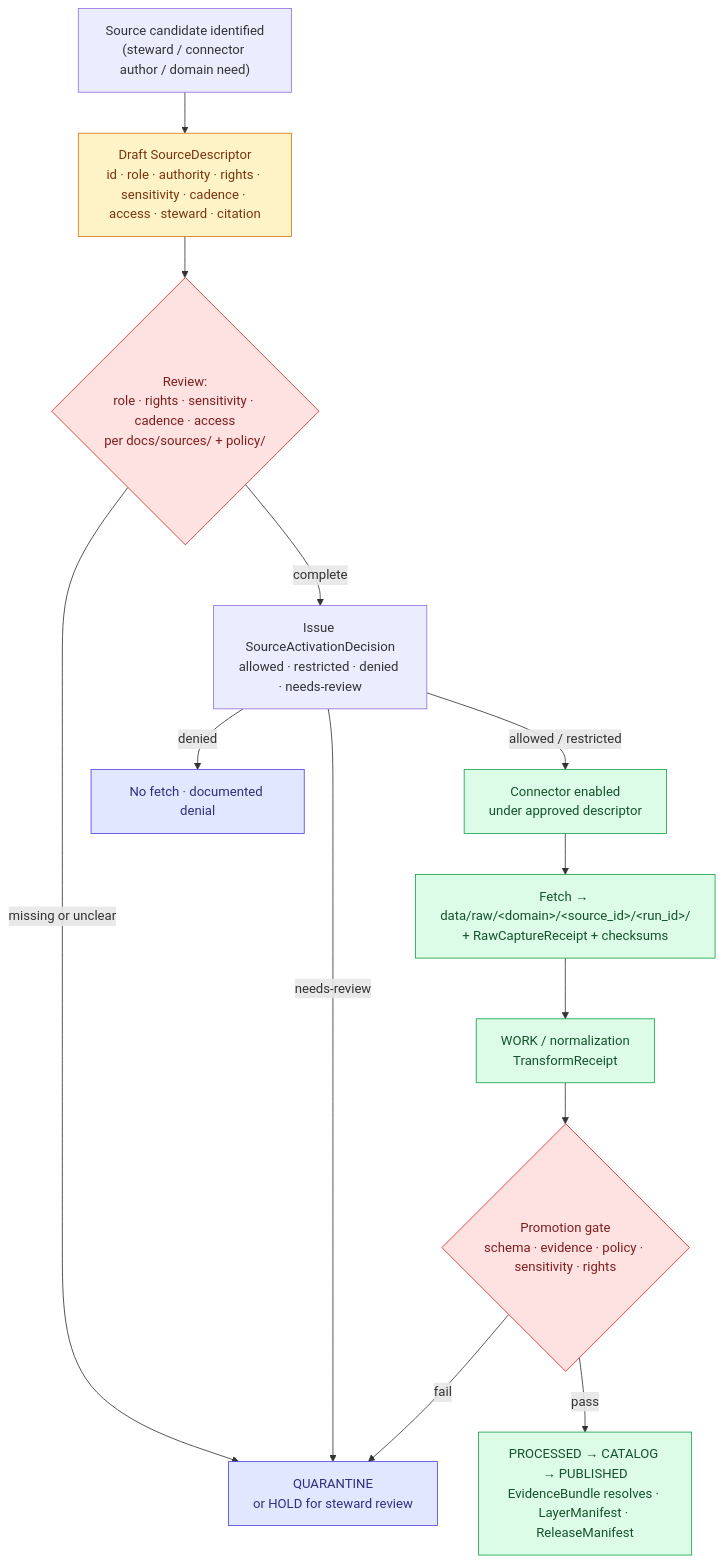
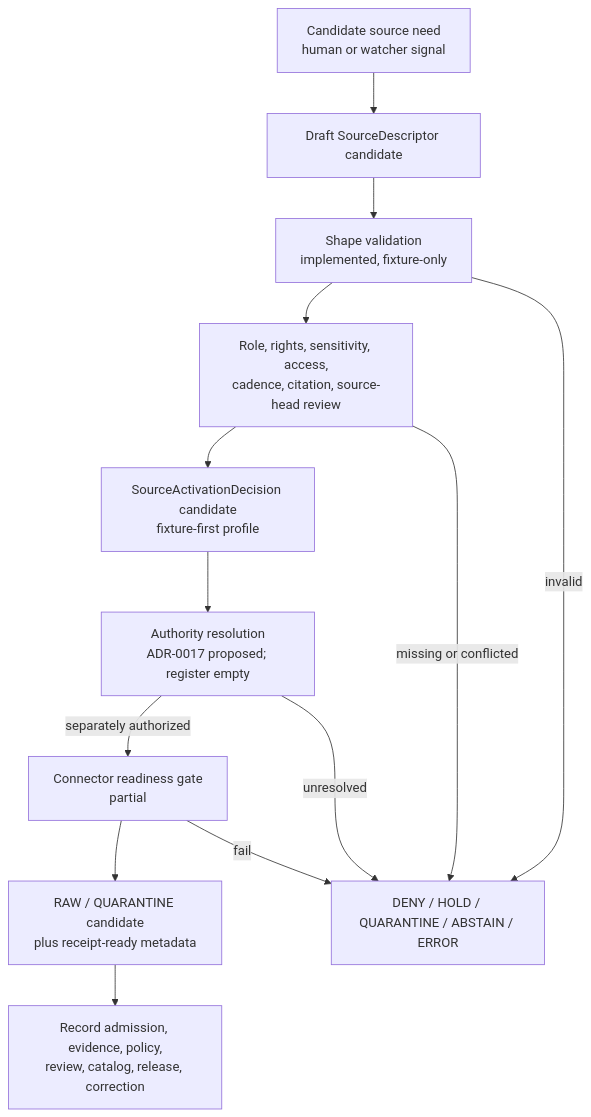
Before and after one commit to bartytime4life/Kansas-Frontier-Matrix: the second of 2 diagrams in docs/sources/README.md, drawn with Mermaid. The commit also changed other lines of this file, not shown here.

Commit message:
docs(sources): reconcile source guidance index

````diff
--- a/docs/sources/README.md
+++ b/docs/sources/README.md
@@ -325,24 +572,22 @@
 ```mermaid
 flowchart TD
-  A["Source candidate identified<br/>(steward / connector author / domain need)"] --> B["Draft SourceDescriptor<br/>id · role · authority · rights · sensitivity · cadence · access · steward · citation"]
-  B --> C{"Review:<br/>role · rights · sensitivity · cadence · access<br/>per docs/sources/ + policy/"}
-  C -->|missing or unclear| Q["QUARANTINE<br/>or HOLD for steward review"]
-  C -->|complete| D["Issue SourceActivationDecision<br/>allowed · restricted · denied · needs-review"]
-  D -->|allowed / restricted| E["Connector enabled<br/>under approved descriptor"]
-  D -->|denied| X["No fetch · documented denial"]
-  D -->|needs-review| Q
-  E --> F["Fetch → data/raw/&lt;domain&gt;/&lt;source_id&gt;/&lt;run_id&gt;/<br/>+ RawCaptureReceipt + checksums"]
-  F --> G["WORK / normalization<br/>TransformReceipt"]
-  G --> H{"Promotion gate<br/>schema · evidence · policy · sensitivity · rights"}
-  H -->|pass| I["PROCESSED → CATALOG → PUBLISHED<br/>EvidenceBundle resolves · LayerManifest · ReleaseManifest"]
-  H -->|fail| Q
+    A["Candidate source need<br/>human or watcher signal"]
+    B["Draft SourceDescriptor candidate"]
+    C["Shape validation<br/>implemented, fixture-only"]
+    D["Role, rights, sensitivity, access,<br/>cadence, citation, source-head review"]
+    E["SourceActivationDecision candidate<br/>fixture-first profile"]
+    F["Authority resolution<br/>ADR-0017 proposed; register empty"]
+    G["Connector readiness gate<br/>partial"]
+    H["RAW / QUARANTINE candidate<br/>plus receipt-ready metadata"]
+    I["Record admission, evidence, policy,<br/>review, catalog, release, correction"]
+    X["DENY / HOLD / QUARANTINE / ABSTAIN / ERROR"]
 
-  classDef docs fill:#fef3c7,stroke:#d97706,color:#78350f;
-  classDef gate fill:#fee2e2,stroke:#dc2626,color:#7f1d1d;
-  classDef ok fill:#dcfce7,stroke:#16a34a,color:#14532d;
-  classDef hold fill:#e0e7ff,stroke:#4f46e5,color:#312e81;
-  class B docs;
-  class C,H gate;
-  class E,F,G,I ok;
-  class Q,X hold;
+    A --> B --> C --> D
+    C -->|invalid| X
+    D -->|missing or conflicted| X
+    D --> E --> F
+    F -->|unresolved| X
+    F -->|separately authorized| G
+    G -->|fail| X
+    G --> H --> I
 ```
````
